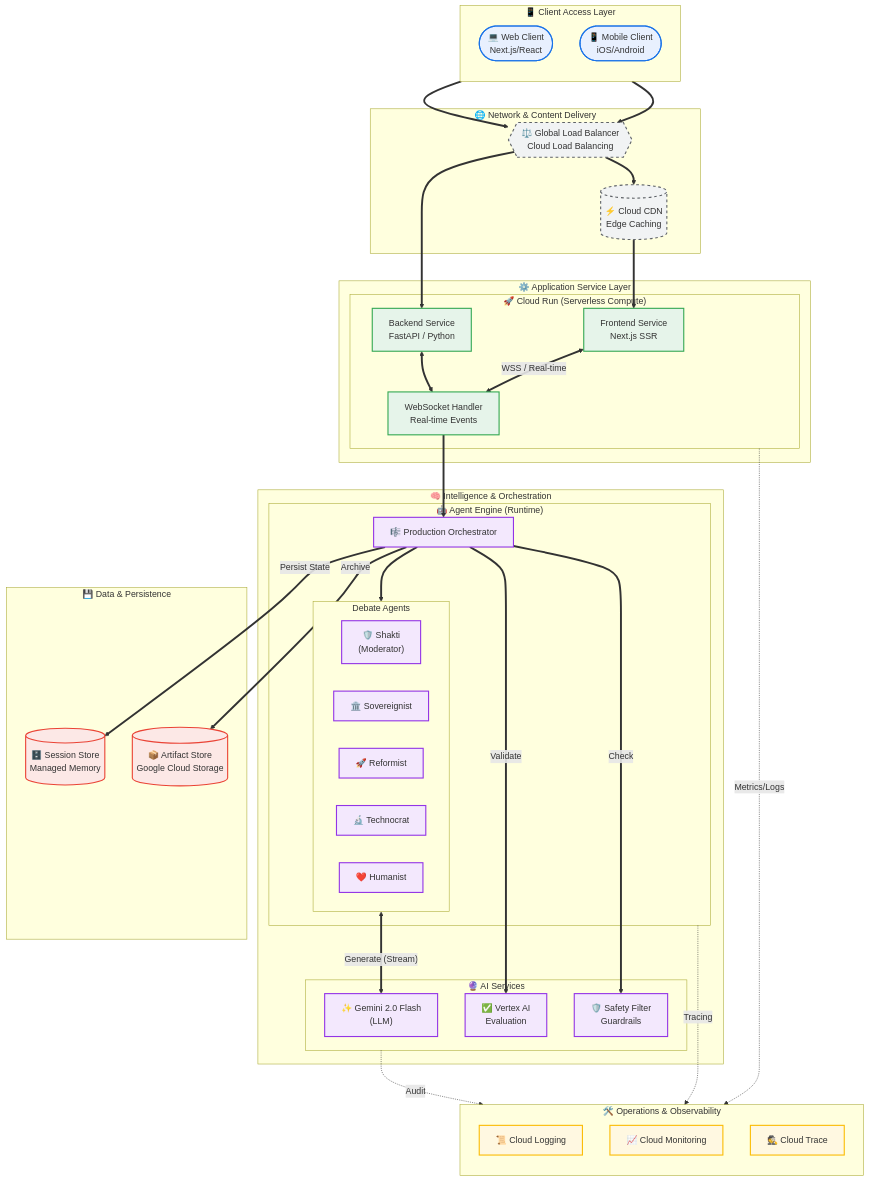
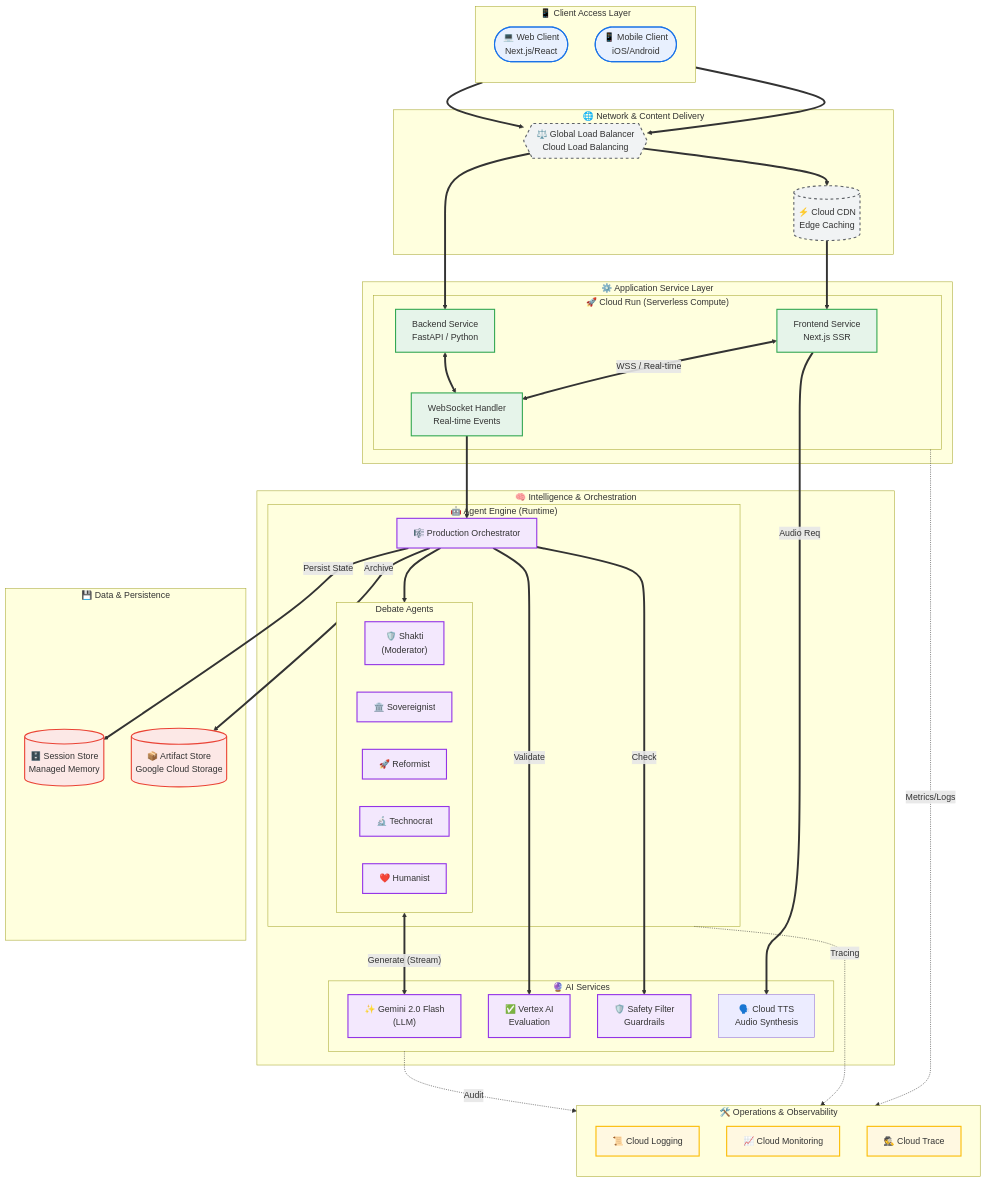
Before and after one commit to sargupta/crossfire-podcast: the diagram in docs/SOLUTION_ARCHITECTURE.md, drawn with Mermaid.

Commit message:
docs: add Cloud TTS to solution architecture

```diff
--- a/docs/SOLUTION_ARCHITECTURE.md
+++ b/docs/SOLUTION_ARCHITECTURE.md
@@ -56,6 +56,7 @@
             Gemini["✨ Gemini 2.0 Flash<br/>(LLM)"]
             Vertex["✅ Vertex AI<br/>Evaluation"]
             Filter["🛡️ Safety Filter<br/>Guardrails"]
+            TTS["🗣️ Cloud TTS<br/>Audio Synthesis"]
         end
     end
 
@@ -89,6 +90,8 @@
     Orch ==> |"Validate"| Vertex
     Orch ==> |"Check"| Filter
     
+    FE ==> |"Audio Req"| TTS
+    
     Orch ==> |"Persist State"| SessionStore
     Orch ==> |"Archive"| AssetStore
     
```
